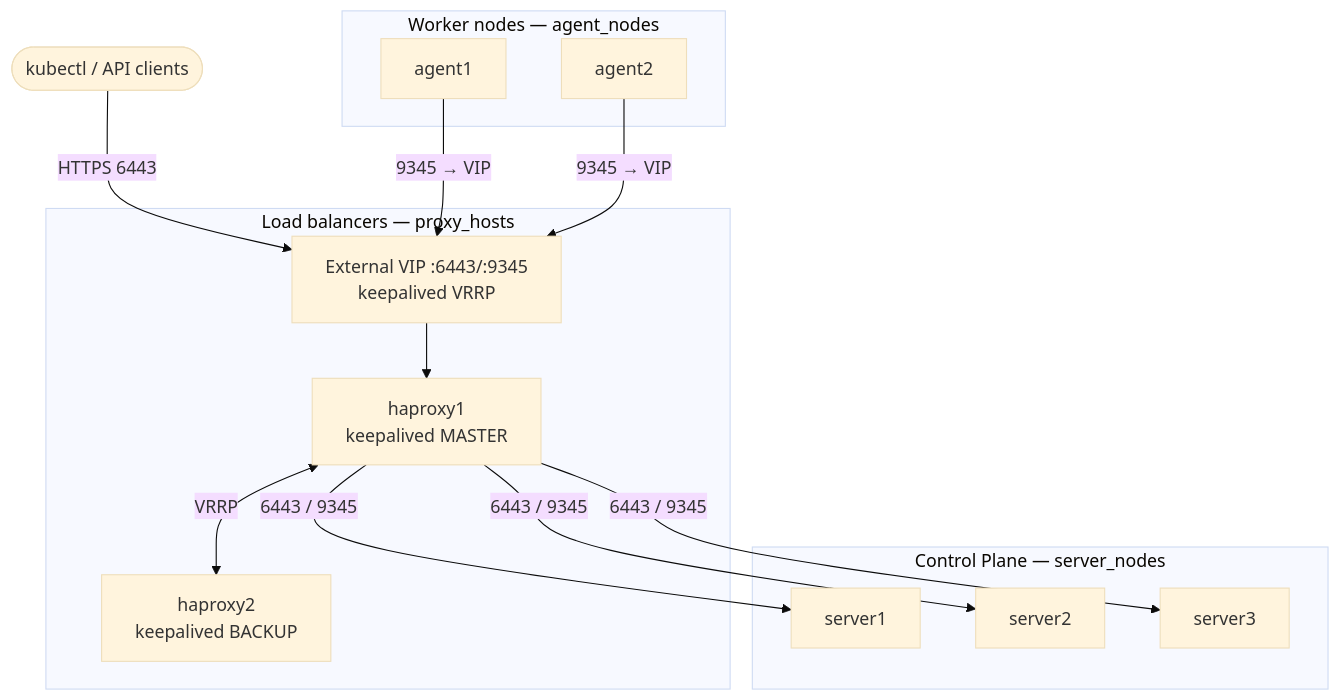
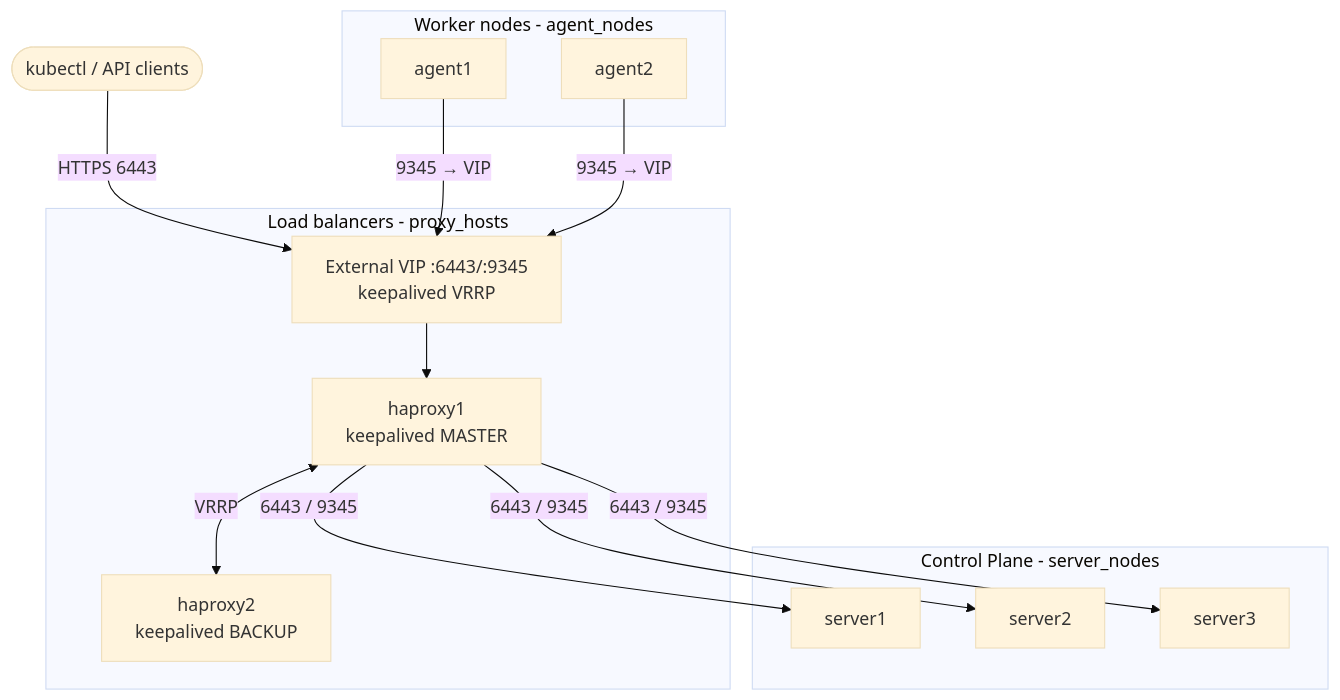
Before and after one commit to devopsgroupeu/ansible-role-rke2: the second of 3 diagrams in docs/ARCHITECTURE.md, drawn with Mermaid (base theme). The commit also changed other lines of this file and 67 other files, not shown here.

````diff
--- a/docs/ARCHITECTURE.md
+++ b/docs/ARCHITECTURE.md
@@ -55,30 +55,30 @@
 ```mermaid
 flowchart TD
     clients(["kubectl / API clients"])
 
-    subgraph lb["Load balancers — proxy_hosts"]
+    subgraph lb["Load balancers - proxy_hosts"]
         hap1["haproxy1\nkeepalived MASTER"]
         hap2["haproxy2\nkeepalived BACKUP"]
         vip_ext["External VIP :6443/:9345\nkeepalived VRRP"]
     end
 
-    subgraph cp["Control Plane — server_nodes"]
+    subgraph cp["Control Plane - server_nodes"]
         s1["server1"]
         s2["server2"]
         s3["server3"]
     end
 
-    subgraph workers["Worker nodes — agent_nodes"]
+    subgraph workers["Worker nodes - agent_nodes"]
         a1["agent1"]
         a2["agent2"]
     end
 
     clients -->|HTTPS 6443| vip_ext
     vip_ext --> hap1
     hap1 <-->|VRRP| hap2
     hap1 -->|"6443 / 9345"| s1
     hap1 -->|"6443 / 9345"| s2
     hap1 -->|"6443 / 9345"| s3
     a1 -->|"9345 → VIP"| vip_ext
     a2 -->|"9345 → VIP"| vip_ext
 ```
````
